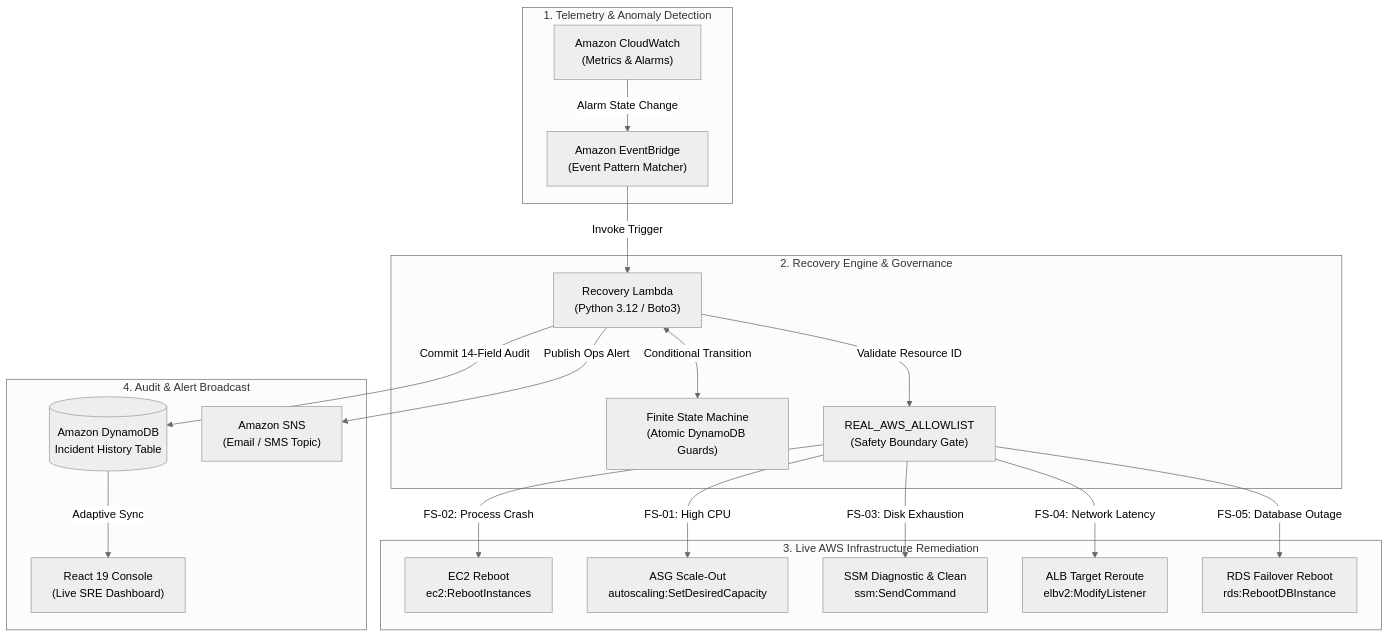
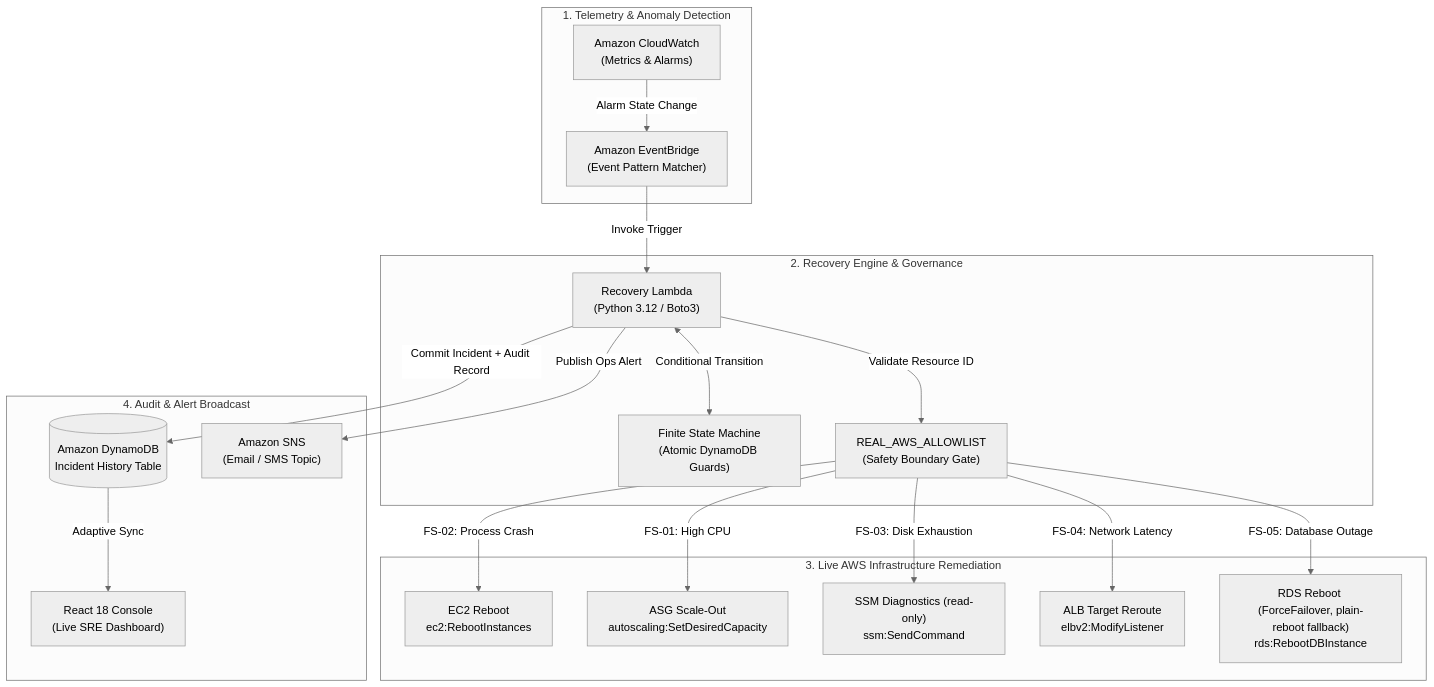
The diagram in README.md (Chetan0246/cloudpulse), drawn with Mermaid (neutral theme) before and after one commit. The commit also changed other lines of this file, not shown here.

````diff
--- a/README.md
+++ b/README.md
@@ -66,41 +66,41 @@
 ```mermaid
 flowchart TD
     subgraph Detection ["1. Telemetry & Anomaly Detection"]
         CW["Amazon CloudWatch<br/>(Metrics & Alarms)"]
         EB["Amazon EventBridge<br/>(Event Pattern Matcher)"]
         CW -->|Alarm State Change| EB
     end
 
     subgraph Decision ["2. Recovery Engine & Governance"]
         LAMBDA["Recovery Lambda<br/>(Python 3.12 / Boto3)"]
         FSM["Finite State Machine<br/>(Atomic DynamoDB Guards)"]
         AUTH["REAL_AWS_ALLOWLIST<br/>(Safety Boundary Gate)"]
         EB -->|Invoke Trigger| LAMBDA
         LAMBDA <-->|Conditional Transition| FSM
         LAMBDA -->|Validate Resource ID| AUTH
     end
 
     subgraph Remediation ["3. Live AWS Infrastructure Remediation"]
         EC2_ACT["EC2 Reboot<br/>ec2:RebootInstances"]
         ASG_ACT["ASG Scale-Out<br/>autoscaling:SetDesiredCapacity"]
-        SSM_ACT["SSM Diagnostic & Clean<br/>ssm:SendCommand"]
+        SSM_ACT["SSM Diagnostics (read-only)<br/>ssm:SendCommand"]
         ALB_ACT["ALB Target Reroute<br/>elbv2:ModifyListener"]
-        RDS_ACT["RDS Failover Reboot<br/>rds:RebootDBInstance"]
+        RDS_ACT["RDS Reboot (ForceFailover, plain-reboot fallback)<br/>rds:RebootDBInstance"]
         
         AUTH -->|FS-01: High CPU| ASG_ACT
         AUTH -->|FS-02: Process Crash| EC2_ACT
         AUTH -->|FS-03: Disk Exhaustion| SSM_ACT
         AUTH -->|FS-04: Network Latency| ALB_ACT
         AUTH -->|FS-05: Database Outage| RDS_ACT
     end
 
     subgraph Observability ["4. Audit & Alert Broadcast"]
         DDB[("Amazon DynamoDB<br/>Incident History Table")]
         SNS["Amazon SNS<br/>(Email / SMS Topic)"]
-        S3["React 19 Console<br/>(Live SRE Dashboard)"]
+        S3["React 18 Console<br/>(Live SRE Dashboard)"]
         
-        LAMBDA -->|Commit 14-Field Audit| DDB
+        LAMBDA -->|Commit Incident + Audit Record| DDB
         LAMBDA -->|Publish Ops Alert| SNS
         DDB -->|Adaptive Sync| S3
     end
 ```
````
